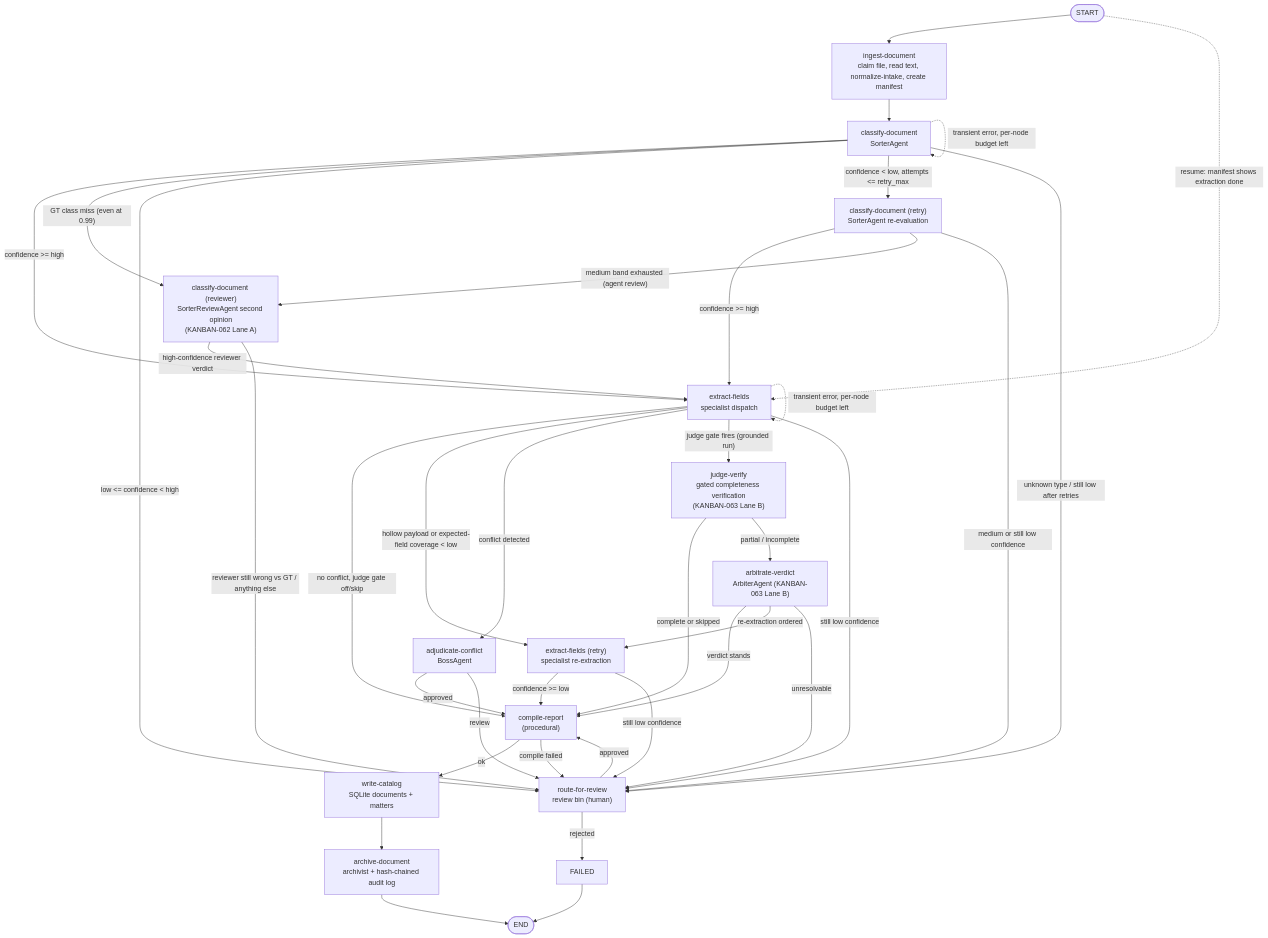
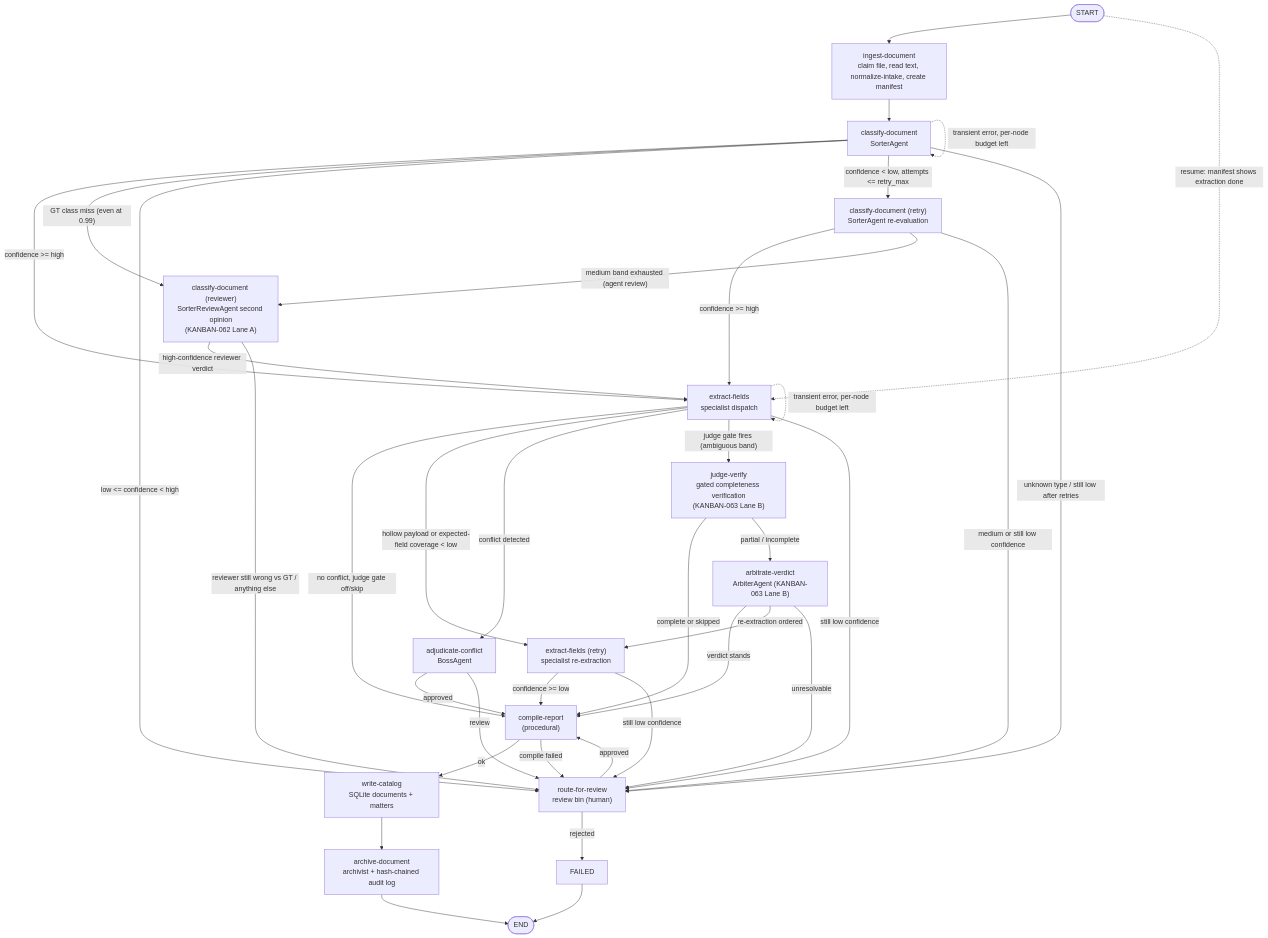
One commit to Exios66/llm-mailroom changed the first of 2 diagrams in docs/architecture.md. Above: the diagram before and after it, drawn with Mermaid. The commit also changed other lines of this file and 12 other files, not shown here.

````diff
--- a/docs/architecture.md
+++ b/docs/architecture.md
@@ -11,57 +11,57 @@
 ```mermaid
 flowchart TD
     START([START]) --> INGEST
     START -. "resume: manifest shows extraction done" .-> EXTRACT
 
     INGEST["ingest-document<br/>claim file, read text, normalize-intake, create manifest"]
     CLASSIFY["classify-document<br/>SorterAgent"]
     RETRY_CLASS["classify-document (retry)<br/>SorterAgent re-evaluation"]
     REVIEW_CLASS["classify-document (reviewer)<br/>SorterReviewAgent second opinion<br/>(KANBAN-062 Lane A)"]
     EXTRACT["extract-fields<br/>specialist dispatch"]
     RETRY_EXTRACT["extract-fields (retry)<br/>specialist re-extraction"]
     JUDGE["judge-verify<br/>gated completeness verification<br/>(KANBAN-063 Lane B)"]
     ARBITER["arbitrate-verdict<br/>ArbiterAgent (KANBAN-063 Lane B)"]
     BOSS["adjudicate-conflict<br/>BossAgent"]
     REVIEW["route-for-review<br/>review bin (human)"]
     REPORT["compile-report<br/>(procedural)"]
     CATALOG["write-catalog<br/>SQLite documents + matters"]
     ARCHIVE["archive-document<br/>archivist + hash-chained audit log"]
     FAILED["FAILED"]
     ENDX([END])
 
     INGEST --> CLASSIFY
 
     CLASSIFY -- "confidence >= high" --> EXTRACT
     CLASSIFY -- "GT class miss (even at 0.99)" --> REVIEW_CLASS
     CLASSIFY -- "low <= confidence < high" --> REVIEW
     CLASSIFY -- "confidence < low, attempts <= retry_max" --> RETRY_CLASS
     CLASSIFY -- "unknown type / still low after retries" --> REVIEW
     CLASSIFY -. "transient error, per-node budget left" .-> CLASSIFY
     RETRY_CLASS -- "confidence >= high" --> EXTRACT
     RETRY_CLASS -- "medium band exhausted (agent review)" --> REVIEW_CLASS
     RETRY_CLASS -- "medium or still low confidence" --> REVIEW
     REVIEW_CLASS -- "high-confidence reviewer verdict" --> EXTRACT
     REVIEW_CLASS -- "reviewer still wrong vs GT / anything else" --> REVIEW
 
     EXTRACT -- "no conflict, judge gate off/skip" --> REPORT
     EXTRACT -- "hollow payload or expected-field coverage < low" --> RETRY_EXTRACT
     EXTRACT -- "conflict detected" --> BOSS
-    EXTRACT -- "judge gate fires (grounded run)" --> JUDGE
+    EXTRACT -- "judge gate fires (ambiguous band)" --> JUDGE
     EXTRACT -- "still low confidence" --> REVIEW
     EXTRACT -. "transient error, per-node budget left" .-> EXTRACT
     RETRY_EXTRACT -- "confidence >= low" --> REPORT
     RETRY_EXTRACT -- "still low confidence" --> REVIEW
 
     JUDGE -- "complete or skipped" --> REPORT
     JUDGE -- "partial / incomplete" --> ARBITER
     ARBITER -- "verdict stands" --> REPORT
     ARBITER -- "re-extraction ordered" --> RETRY_EXTRACT
     ARBITER -- "unresolvable" --> REVIEW
     BOSS -- "approved" --> REPORT
     BOSS -- "review" --> REVIEW
     REVIEW -- "approved" --> REPORT
     REVIEW -- "rejected" --> FAILED --> ENDX
 
     REPORT -- "ok" --> CATALOG --> ARCHIVE --> ENDX
     REPORT -- "compile failed" --> REVIEW
 ```
````
